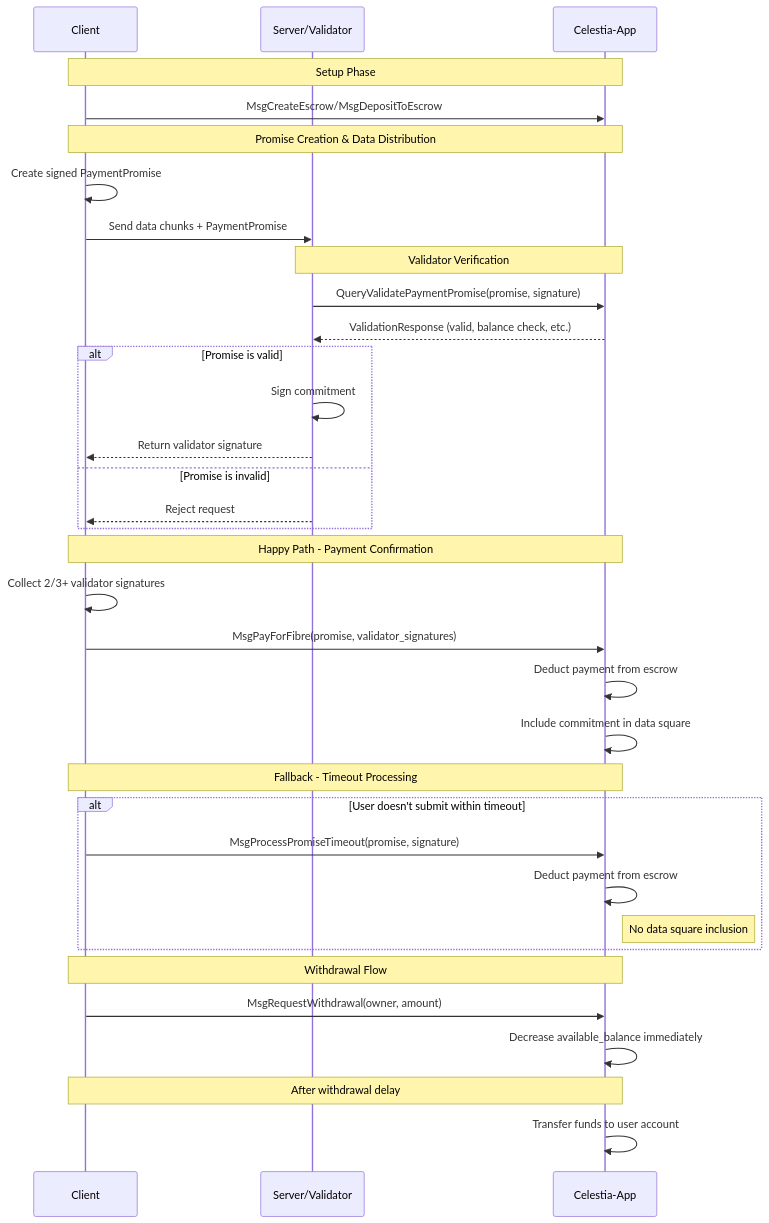
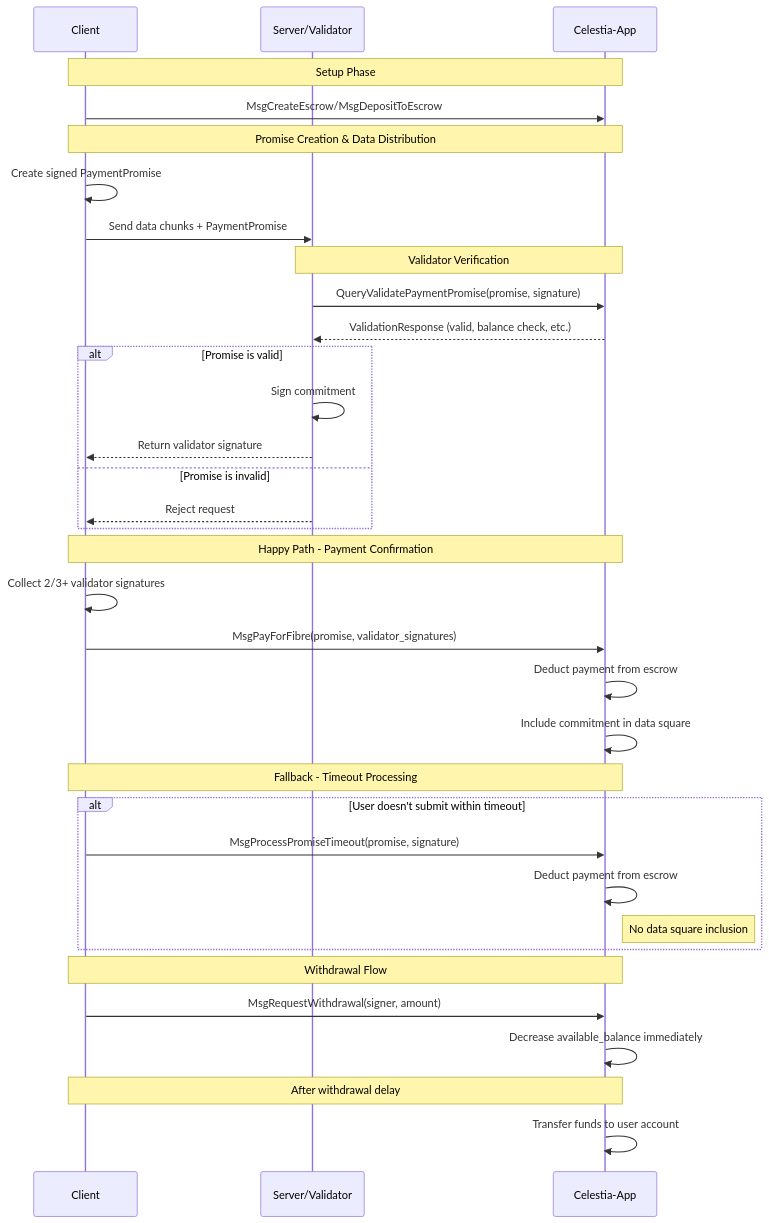
Before and after one commit to celestiaorg/celestia-app: the diagram in spec.md, drawn with Mermaid. The commit also changed other lines of this file, not shown here.

Commit message:
refactor: owner -> signer where it makes sense

````diff
--- a/spec.md
+++ b/spec.md
@@ -324,44 +324,44 @@
 ```mermaid
 sequenceDiagram
     participant C as Client
     participant S as Server/Validator
     participant A as Celestia-App
 
     Note over C,A: Setup Phase
     C->>A: MsgCreateEscrow/MsgDepositToEscrow
 
     Note over C,A: Promise Creation & Data Distribution
     C->>C: Create signed PaymentPromise
     C->>S: Send data chunks + PaymentPromise
 
     Note over S,A: Validator Verification
     S->>A: QueryValidatePaymentPromise(promise, signature)
     A-->>S: ValidationResponse (valid, balance check, etc.)
 
     alt Promise is valid
         S->>S: Sign commitment
         S-->>C: Return validator signature
     else Promise is invalid
         S-->>C: Reject request
     end
 
     Note over C,A: Happy Path - Payment Confirmation
     C->>C: Collect 2/3+ validator signatures
     C->>A: MsgPayForFibre(promise, validator_signatures)
     A->>A: Deduct payment from escrow
     A->>A: Include commitment in data square
 
     Note over C,A: Fallback - Timeout Processing
     alt User doesn't submit within timeout
         C->>A: MsgProcessPromiseTimeout(promise, signature)
         A->>A: Deduct payment from escrow
         Note right of A: No data square inclusion
     end
 
     Note over C,A: Withdrawal Flow
-    C->>A: MsgRequestWithdrawal(owner, amount)
+    C->>A: MsgRequestWithdrawal(signer, amount)
     A->>A: Decrease available_balance immediately
 
     Note over C,A: After withdrawal delay
     A->>A: Transfer funds to user account
 ```
````
